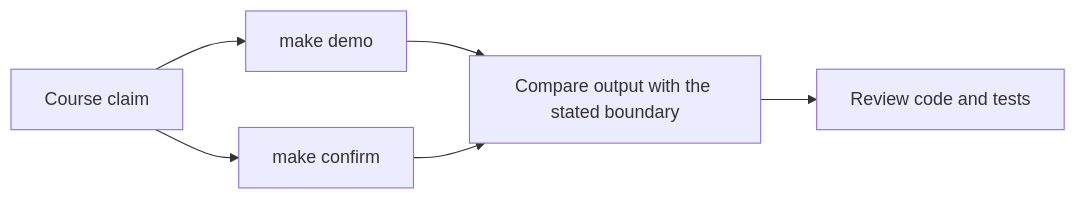
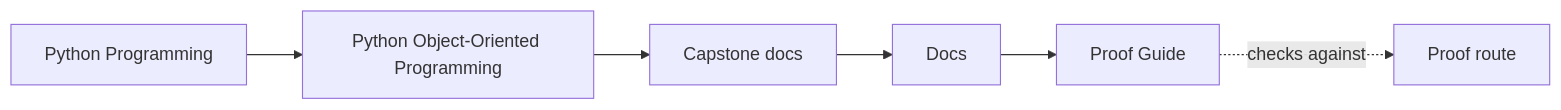
One commit to bijux/bijux-masterclass changed the first of 2 diagrams in programs/python-programming/python-object-oriented-programming/capstone/docs/proof-guide.md. Above: the diagram before and after it, drawn with Mermaid. The commit also changed other lines of this file and 103 other files, not shown here.

Commit message:
docs(python-object-oriented-programming): map sustainment and capstone surfaces

````diff
--- a/programs/python-programming/python-object-oriented-programming/capstone/docs/proof-guide.md
+++ b/programs/python-programming/python-object-oriented-programming/capstone/docs/proof-guide.md
@@ -7,8 +7,12 @@
 ```mermaid
 graph LR
-  docs["Course claim"] --> demo["make demo"]
-  docs --> tests["make confirm"]
-  demo --> compare["Compare output with the stated boundary"]
-  tests --> compare
-  compare --> review["Review code and tests"]
+  family["Python Programming"]
+  program["Python Object-Oriented Programming"]
+  guide["Capstone docs"]
+  section["Docs"]
+  page["Proof Guide"]
+  proof["Proof route"]
+
+  family --> program --> guide --> section --> page
+  page -.checks against.-> proof
 ```
````
